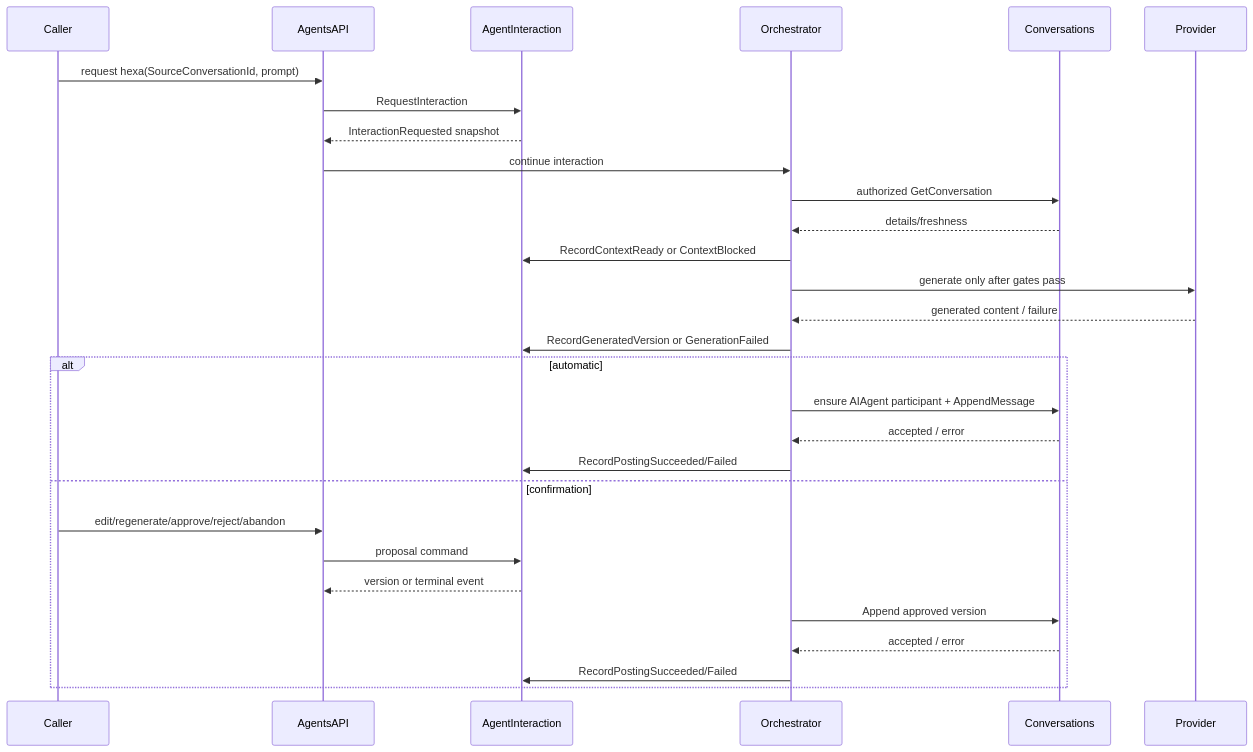
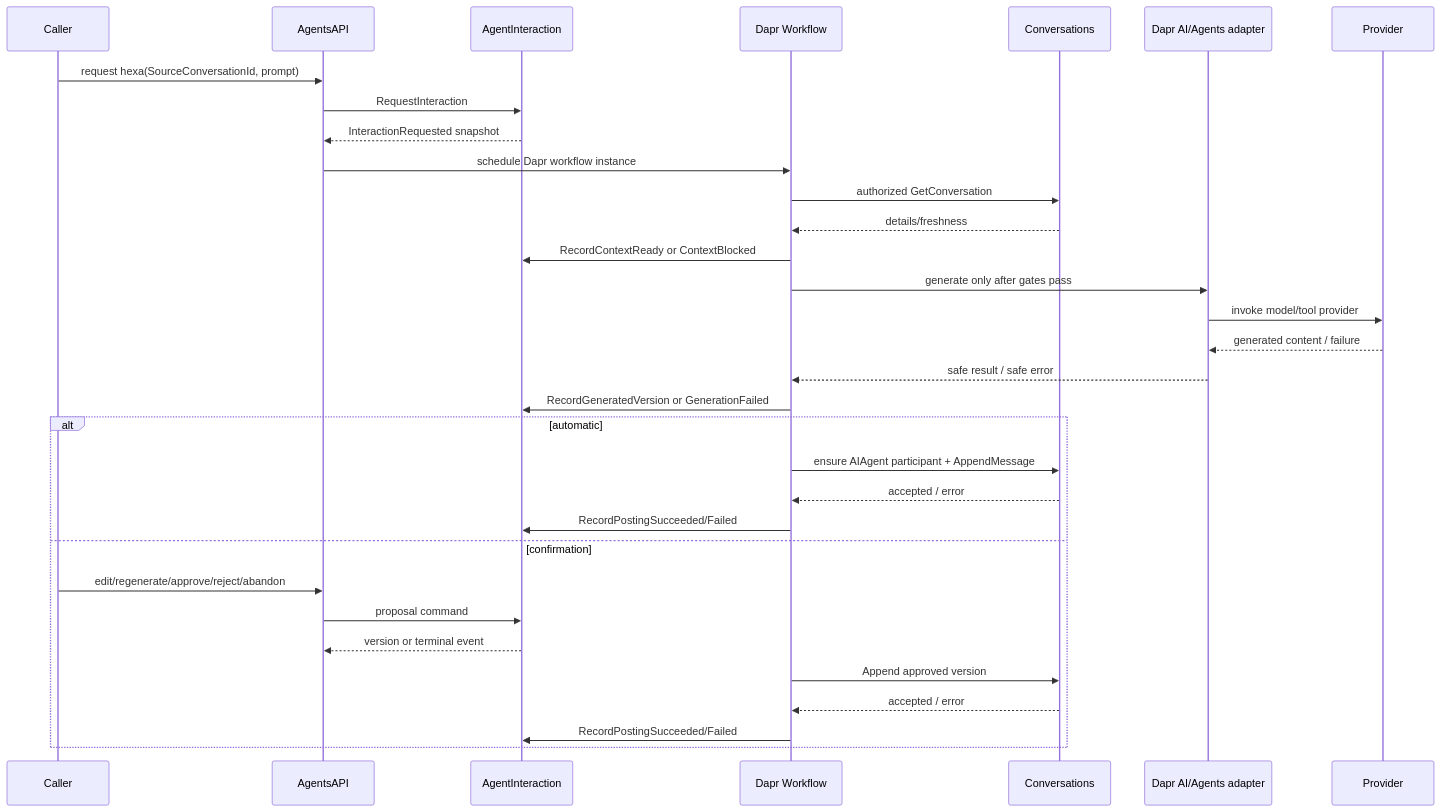
Before and after one commit to Hexalith/Hexalith.Agents: the third of 4 diagrams in _bmad-output/planning-artifacts/architecture/architecture-agents-2026-06-23-2/ARCHITECTURE-SPINE.md, drawn with Mermaid. The commit also changed other lines of this file and 10 other files, not shown here.

````diff
--- a/_bmad-output/planning-artifacts/architecture/architecture-agents-2026-06-23-2/ARCHITECTURE-SPINE.md
+++ b/_bmad-output/planning-artifacts/architecture/architecture-agents-2026-06-23-2/ARCHITECTURE-SPINE.md
@@ -182,32 +197,35 @@
 ```mermaid
 sequenceDiagram
   participant Caller
   participant AgentsAPI
   participant Interaction as AgentInteraction
-  participant Orch as Orchestrator
+  participant Workflow as Dapr Workflow
   participant Conv as Conversations
+  participant DaprAI as Dapr AI/Agents adapter
   participant Provider
 
   Caller->>AgentsAPI: request hexa(SourceConversationId, prompt)
   AgentsAPI->>Interaction: RequestInteraction
   Interaction-->>AgentsAPI: InteractionRequested snapshot
-  AgentsAPI->>Orch: continue interaction
-  Orch->>Conv: authorized GetConversation
-  Conv-->>Orch: details/freshness
-  Orch->>Interaction: RecordContextReady or ContextBlocked
-  Orch->>Provider: generate only after gates pass
-  Provider-->>Orch: generated content / failure
-  Orch->>Interaction: RecordGeneratedVersion or GenerationFailed
+  AgentsAPI->>Workflow: schedule Dapr workflow instance
+  Workflow->>Conv: authorized GetConversation
+  Conv-->>Workflow: details/freshness
+  Workflow->>Interaction: RecordContextReady or ContextBlocked
+  Workflow->>DaprAI: generate only after gates pass
+  DaprAI->>Provider: invoke model/tool provider
+  Provider-->>DaprAI: generated content / failure
+  DaprAI-->>Workflow: safe result / safe error
+  Workflow->>Interaction: RecordGeneratedVersion or GenerationFailed
   alt automatic
-    Orch->>Conv: ensure AIAgent participant + AppendMessage
-    Conv-->>Orch: accepted / error
-    Orch->>Interaction: RecordPostingSucceeded/Failed
+    Workflow->>Conv: ensure AIAgent participant + AppendMessage
+    Conv-->>Workflow: accepted / error
+    Workflow->>Interaction: RecordPostingSucceeded/Failed
   else confirmation
     Caller->>AgentsAPI: edit/regenerate/approve/reject/abandon
     AgentsAPI->>Interaction: proposal command
     Interaction-->>AgentsAPI: version or terminal event
-    Orch->>Conv: Append approved version
-    Conv-->>Orch: accepted / error
-    Orch->>Interaction: RecordPostingSucceeded/Failed
+    Workflow->>Conv: Append approved version
+    Conv-->>Workflow: accepted / error
+    Workflow->>Interaction: RecordPostingSucceeded/Failed
   end
 ```
````
